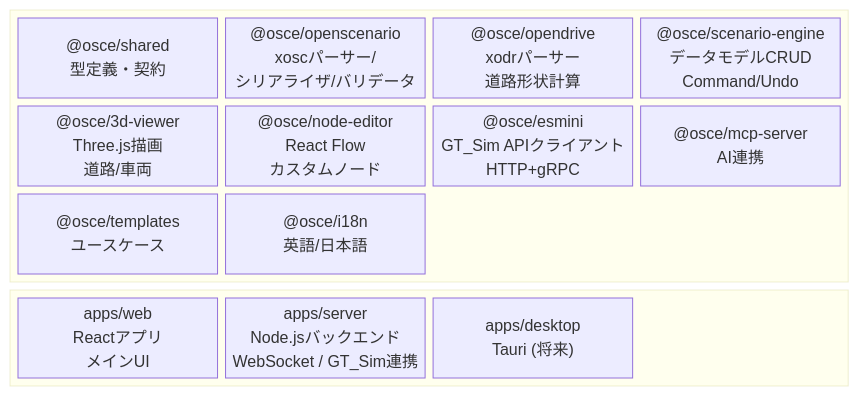
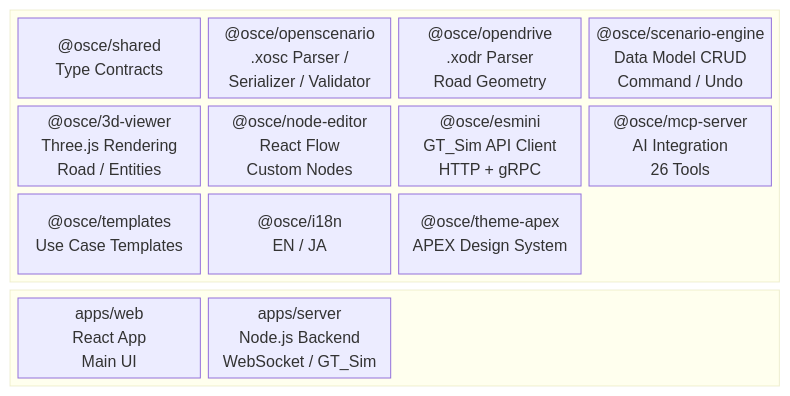
One commit to GT-karny/GT-OpenSCENARIOEditor changed the first of 7 diagrams in docs/ARCHITECTURE.md. Above: the diagram before and after it, drawn with Mermaid. The commit also changed other lines of this file and 7 other files, not shown here.

````diff
--- a/docs/ARCHITECTURE.md
+++ b/docs/ARCHITECTURE.md
@@ -35,29 +38,29 @@
 ```mermaid
 block-beta
   columns 4
 
   block:packages:4
     columns 4
-    shared["@osce/shared\n型定義・契約"]
-    openscenario["@osce/openscenario\nxoscパーサー/\nシリアライザ/バリデータ"]
-    opendrive["@osce/opendrive\nxodrパーサー\n道路形状計算"]
-    engine["@osce/scenario-engine\nデータモデルCRUD\nCommand/Undo"]
+    shared["@osce/shared\nType Contracts"]
+    openscenario["@osce/openscenario\n.xosc Parser /\nSerializer / Validator"]
+    opendrive["@osce/opendrive\n.xodr Parser\nRoad Geometry"]
+    engine["@osce/scenario-engine\nData Model CRUD\nCommand / Undo"]
 
-    viewer["@osce/3d-viewer\nThree.js描画\n道路/車両"]
-    nodeeditor["@osce/node-editor\nReact Flow\nカスタムノード"]
-    esmini["@osce/esmini\nGT_Sim APIクライアント\nHTTP+gRPC"]
-    mcp["@osce/mcp-server\nAI連携"]
+    viewer["@osce/3d-viewer\nThree.js Rendering\nRoad / Entities"]
+    nodeeditor["@osce/node-editor\nReact Flow\nCustom Nodes"]
+    esmini["@osce/esmini\nGT_Sim API Client\nHTTP + gRPC"]
+    mcp["@osce/mcp-server\nAI Integration\n26 Tools"]
 
-    templates["@osce/templates\nユースケース"]
-    i18n["@osce/i18n\n英語/日本語"]
-    space:2
+    templates["@osce/templates\nUse Case Templates"]
+    i18n["@osce/i18n\nEN / JA"]
+    themeapex["@osce/theme-apex\nAPEX Design System"]
+    space
   end
 
   block:apps:4
     columns 4
-    web["apps/web\nReactアプリ\nメインUI"]
-    server["apps/server\nNode.jsバックエンド\nWebSocket / GT_Sim連携"]
-    desktop["apps/desktop\nTauri (将来)"]
-    space
+    web["apps/web\nReact App\nMain UI"]
+    server["apps/server\nNode.js Backend\nWebSocket / GT_Sim"]
+    space:2
   end
 ```
````
